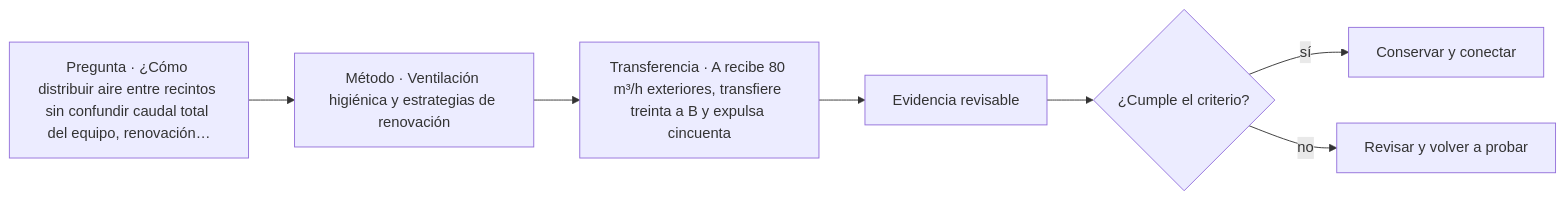
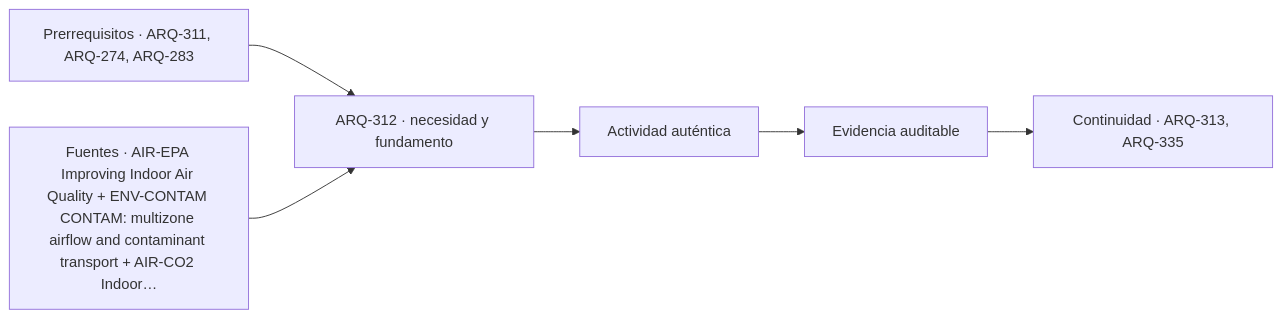
One commit to vladimiracunadev-create/architecture-built-environment-learning-program changed the diagram in classes/parte-32/ARQ-312.md. Above: the diagram before and after it, drawn with Mermaid. The commit also changed other lines of this file and 761 other files, not shown here.

````diff
--- a/classes/parte-32/ARQ-312.md
+++ b/classes/parte-32/ARQ-312.md
@@ -105,9 +117,8 @@
 ```mermaid
 flowchart LR
-    Q["Pregunta · ¿Cómo distribuir aire entre recintos sin confundir caudal total del equipo, renovación…"] --> M["Método · Ventilación higiénica y estrategias de renovación"]
-    M --> P["Transferencia · A recibe 80 m³/h exteriores, transfiere treinta a B y expulsa cincuenta"]
-    P --> E["Evidencia revisable"]
-    E --> C{"¿Cumple el criterio?"}
-    C -->|sí| T["Conservar y conectar"]
-    C -->|no| R["Revisar y volver a probar"]
+    A["Prerrequisitos · ARQ-311, ARQ-274, ARQ-283"] --> B["ARQ-312 · necesidad y fundamento"]
+    S["Fuentes · AIR-EPA Improving Indoor Air Quality + ENV-CONTAM CONTAM: multizone airflow and contaminant transport + AIR-CO2 Indoor…"] --> B
+    B --> C["Actividad auténtica"]
+    C --> D["Evidencia auditable"]
+    D --> E["Continuidad · ARQ-313, ARQ-335"]
 ```
````
